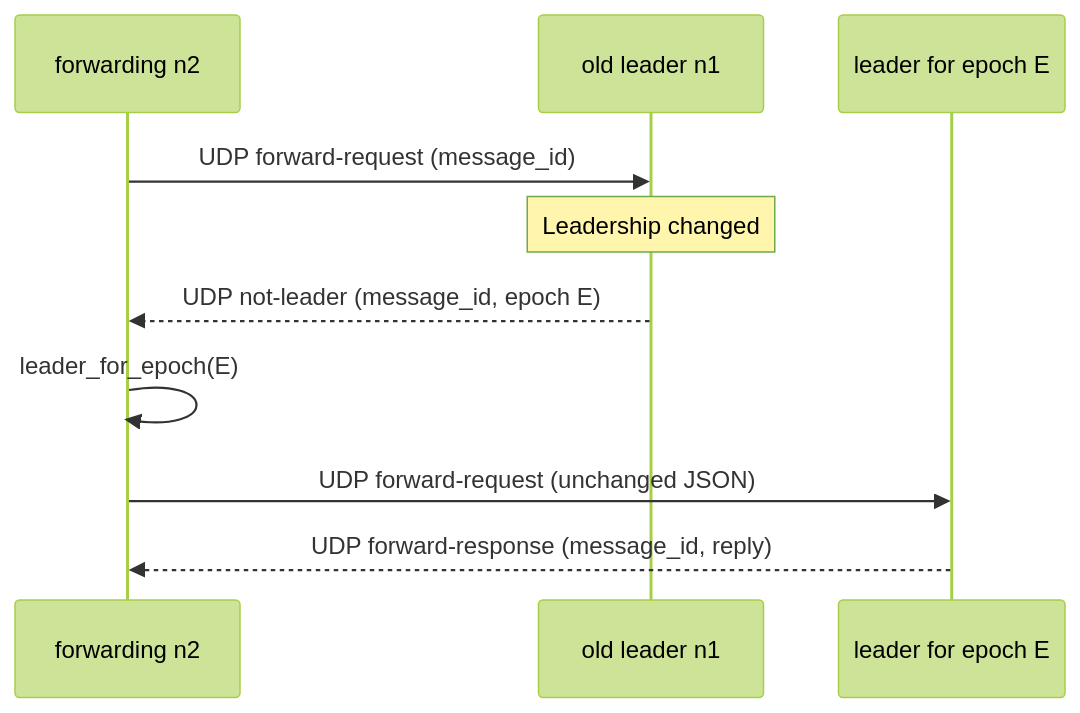
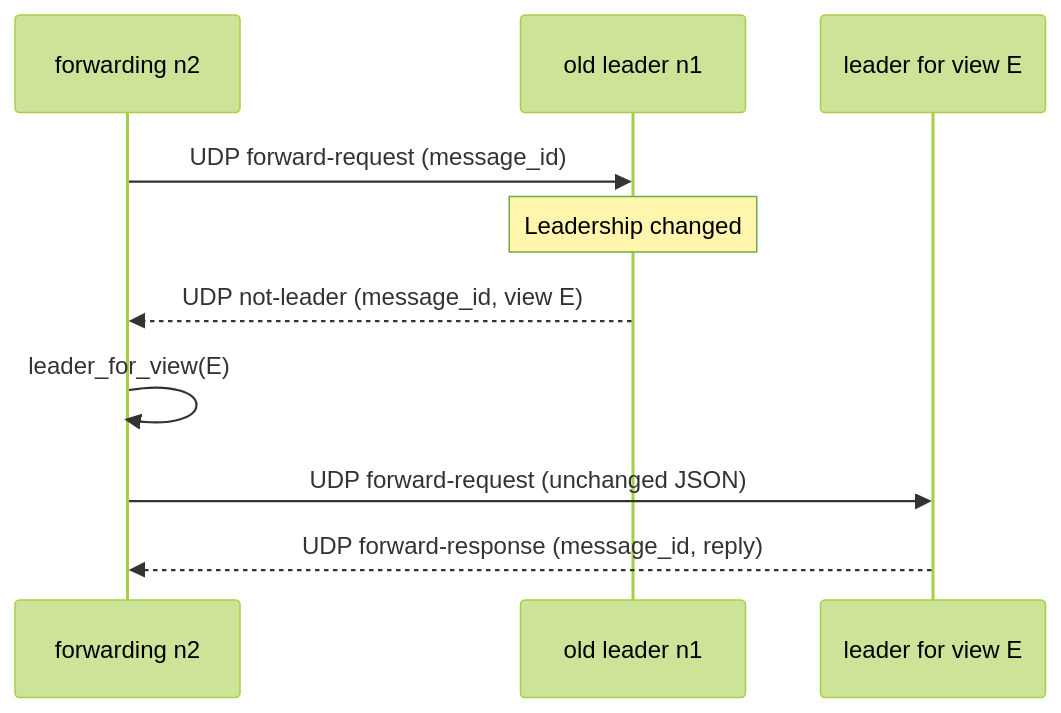
The third of 3 diagrams in docs/src/architecture.md (lua-lunet/lunet-locks), drawn with Mermaid (forest theme) before and after one commit. The commit also changed other lines of this file and 10 other files, not shown here.

````diff
--- a/docs/src/architecture.md
+++ b/docs/src/architecture.md
@@ -109,12 +109,12 @@
 ```mermaid
 sequenceDiagram
     participant F as forwarding n2
     participant O as old leader n1
-    participant N as leader for epoch E
+    participant N as leader for view E
     F->>O: UDP forward-request (message_id)
     Note over O: Leadership changed
-    O-->>F: UDP not-leader (message_id, epoch E)
-    F->>F: leader_for_epoch(E)
+    O-->>F: UDP not-leader (message_id, view E)
+    F->>F: leader_for_view(E)
     F->>N: UDP forward-request (unchanged JSON)
     N-->>F: UDP forward-response (message_id, reply)
 ```
````
